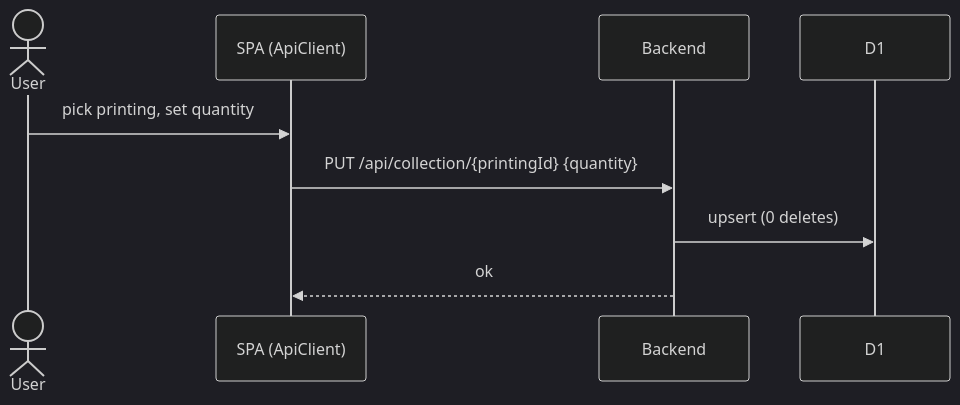
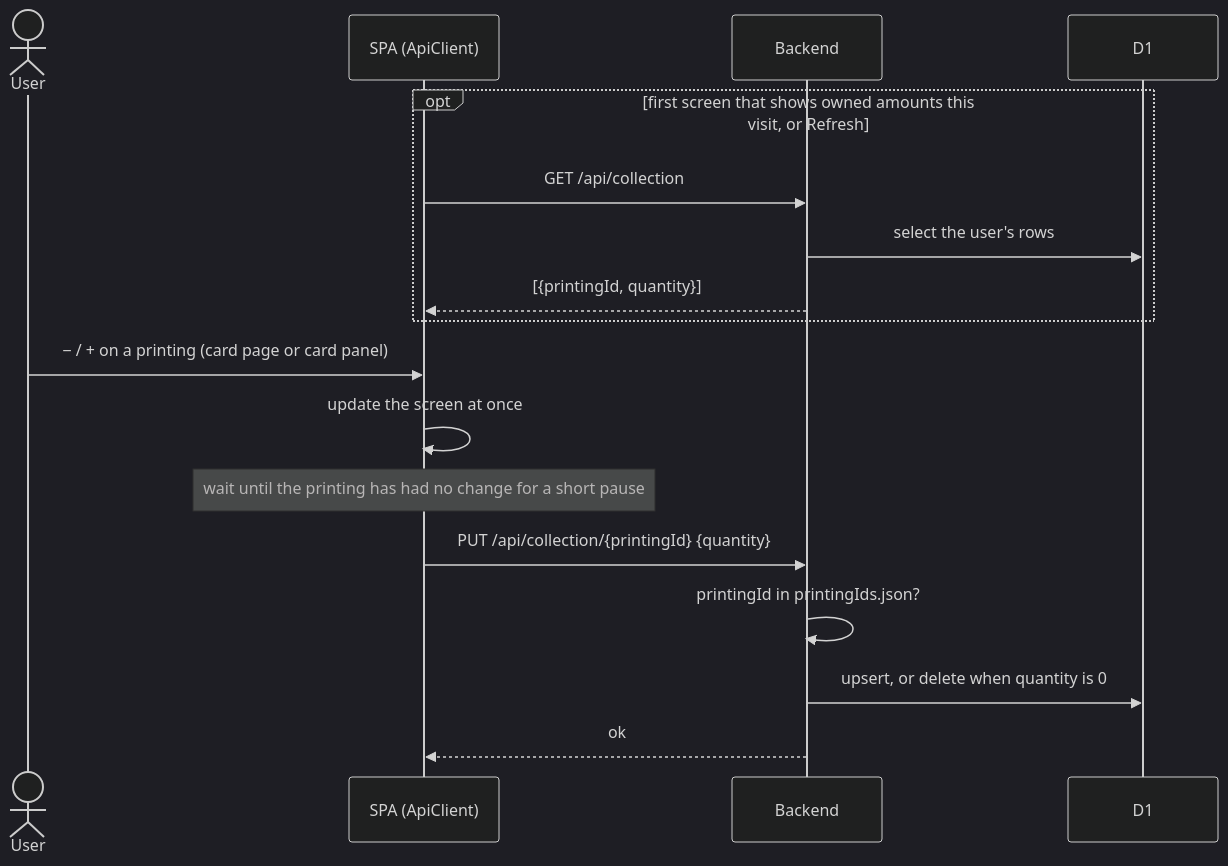
Before and after one commit to NichAnti/runebinder: the fifth of 7 diagrams in docs/03-data-and-flows.md, drawn with Mermaid (dark theme). The commit also changed other lines of this file and 2 other files, not shown here.

Commit message:
Plan Phase 6: collection, card panel and collection page

````diff
--- a/docs/03-data-and-flows.md
+++ b/docs/03-data-and-flows.md
@@ -201,11 +201,19 @@
 ```mermaid
 sequenceDiagram
   actor U as User
   participant S as SPA (ApiClient)
   participant W as Backend
   participant DB as D1
-  U->>S: pick printing, set quantity
+  opt first screen that shows owned amounts this visit, or Refresh
+    S->>W: GET /api/collection
+    W->>DB: select the user's rows
+    W-->>S: [{printingId, quantity}]
+  end
+  U->>S: − / + on a printing (card page or card panel)
+  S->>S: update the screen at once
+  Note over S: wait until the printing has had no change for a short pause
   S->>W: PUT /api/collection/{printingId} {quantity}
-  W->>DB: upsert (0 deletes)
+  W->>W: printingId in printingIds.json?
+  W->>DB: upsert, or delete when quantity is 0
   W-->>S: ok
 ```
````
